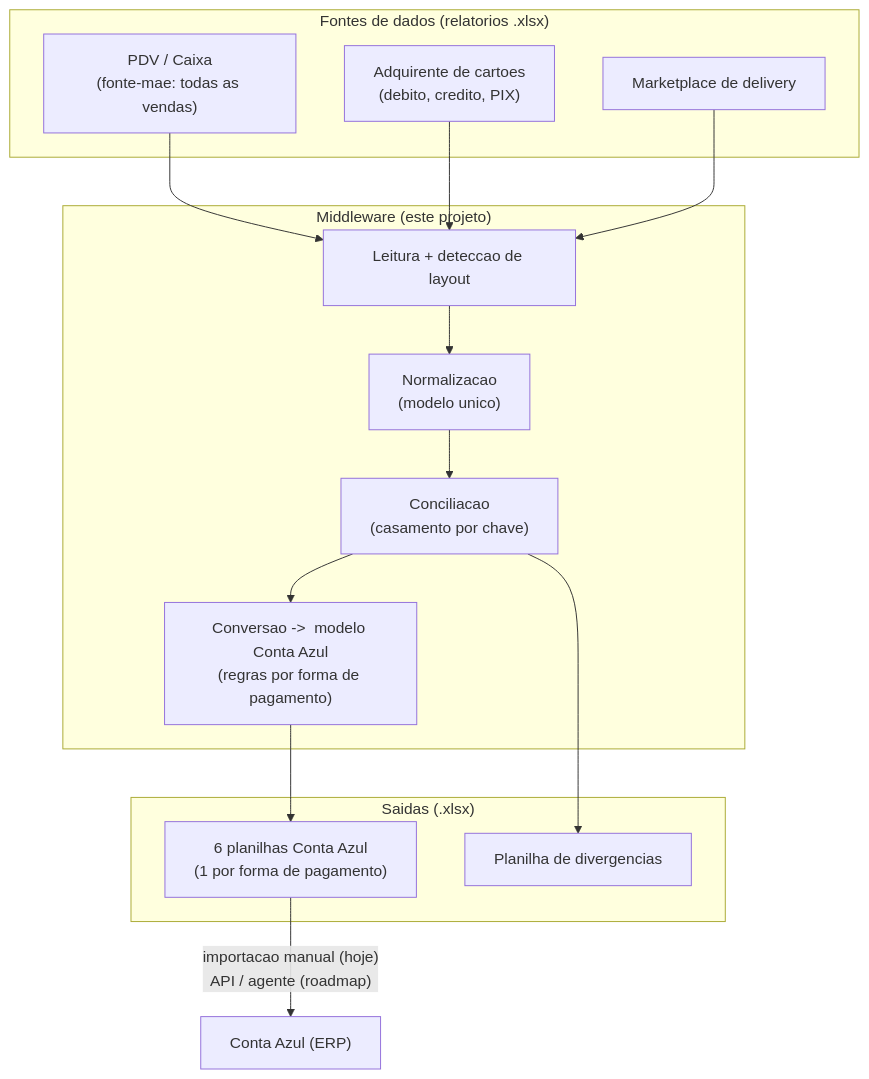
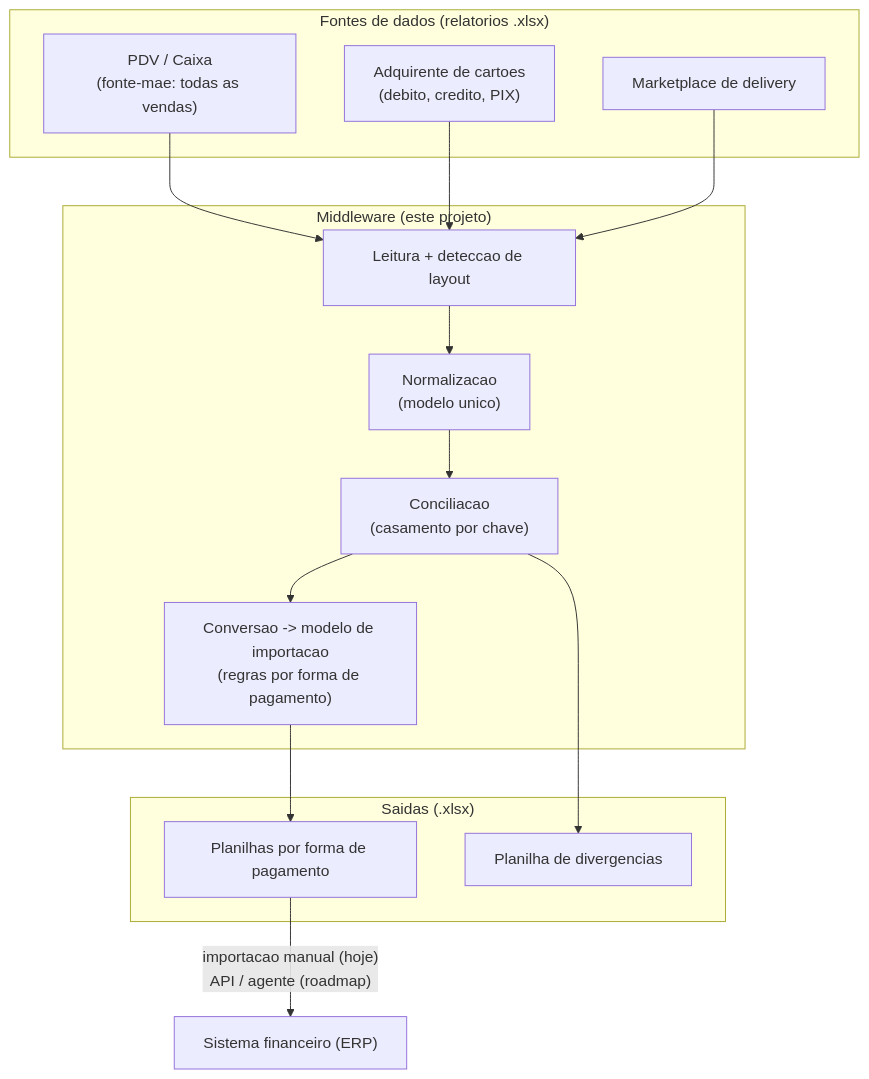
One commit to pvpatriota/conciliador-vendas-sistema-financeiro changed the first of 3 diagrams in docs/ARQUITETURA.md. Above: the diagram before and after it, drawn with Mermaid. The commit also changed other lines of this file and 7 other files, not shown here.

First line of the commit message:
Torna o projeto agnostico ao sistema financeiro (remove nome do ERP)

````diff
--- a/docs/ARQUITETURA.md
+++ b/docs/ARQUITETURA.md
@@ -25,30 +26,30 @@
 ```mermaid
 flowchart TD
     subgraph Fontes["Fontes de dados (relatorios .xlsx)"]
         PDV["PDV / Caixa<br/>(fonte-mae: todas as vendas)"]
         ADQ["Adquirente de cartoes<br/>(debito, credito, PIX)"]
         MKT["Marketplace de delivery"]
     end
 
     subgraph MW["Middleware (este projeto)"]
         LEIT["Leitura + deteccao de layout"]
         NORM["Normalizacao<br/>(modelo unico)"]
         CONC["Conciliacao<br/>(casamento por chave)"]
-        CONV["Conversao ->  modelo Conta Azul<br/>(regras por forma de pagamento)"]
+        CONV["Conversao -> modelo de importacao<br/>(regras por forma de pagamento)"]
     end
 
     subgraph Saidas["Saidas (.xlsx)"]
-        OUT["6 planilhas Conta Azul<br/>(1 por forma de pagamento)"]
+        OUT["Planilhas por forma de pagamento"]
         DIV["Planilha de divergencias"]
     end
 
-    CA["Conta Azul (ERP)"]
+    ERP["Sistema financeiro (ERP)"]
 
     PDV --> LEIT
     ADQ --> LEIT
     MKT --> LEIT
     LEIT --> NORM --> CONC --> CONV
     CONV --> OUT
     CONC --> DIV
-    OUT -->|"importacao manual (hoje)<br/>API / agente (roadmap)"| CA
+    OUT -->|"importacao manual (hoje)<br/>API / agente (roadmap)"| ERP
 ```
````
